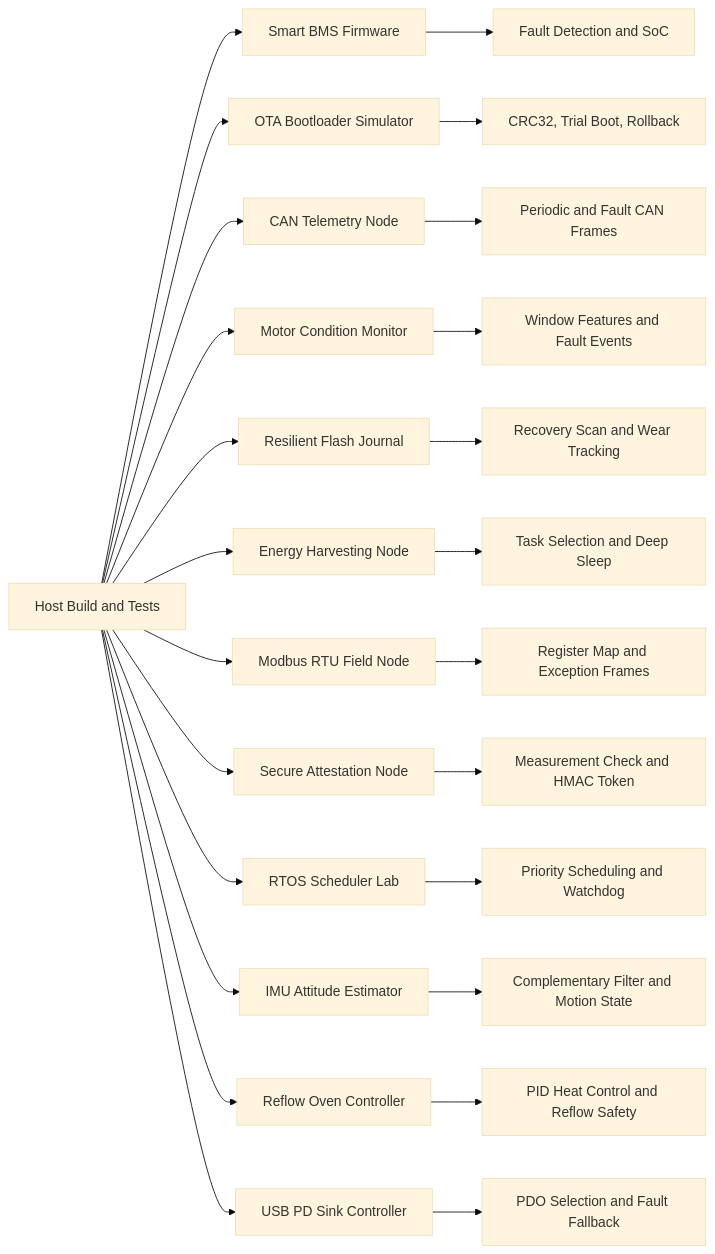
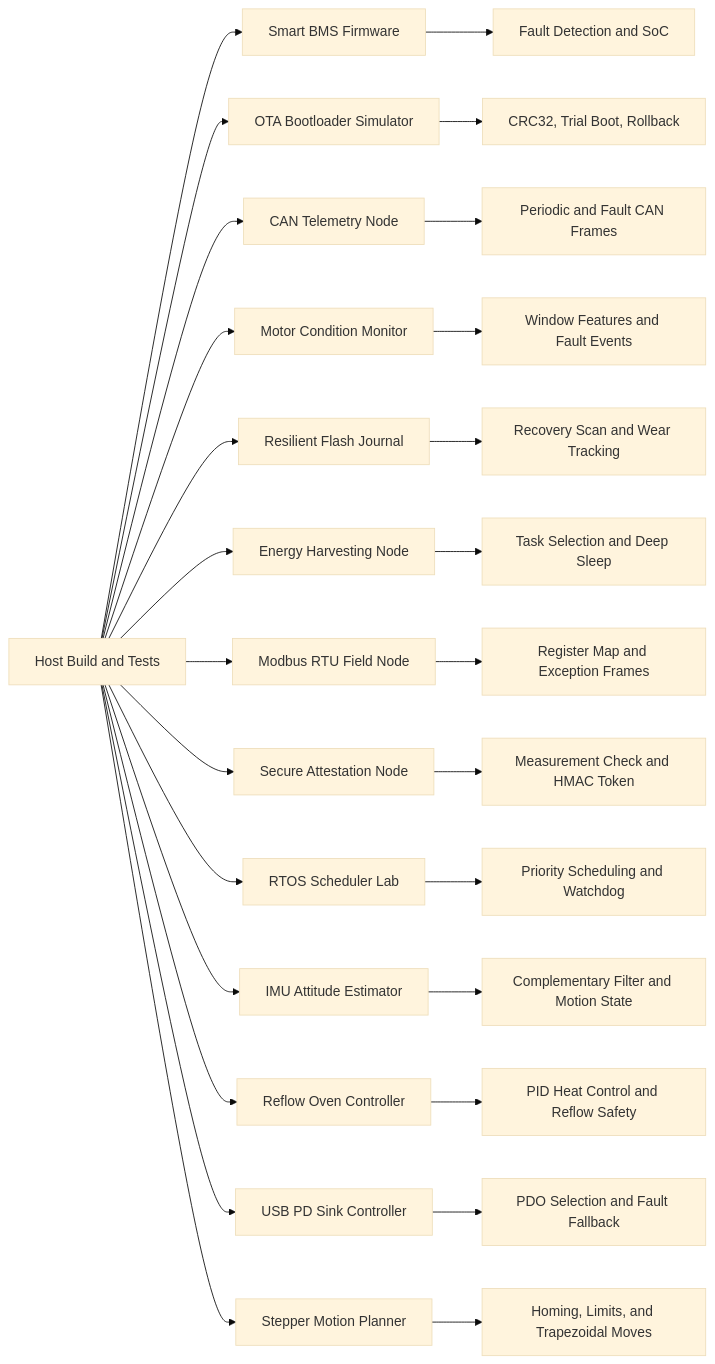
One commit to akifitu/embedded-systems-collection changed the diagram in README.md. Above: the diagram before and after it, drawn with Mermaid (base theme). The commit also changed other lines of this file and 14 other files, not shown here.

Commit message:
Add stepper motion planner project

````diff
--- a/README.md
+++ b/README.md
@@ -30,27 +31,29 @@
 ```mermaid
 flowchart LR
     Host[Host Build and Tests] --> BMS[Smart BMS Firmware]
     Host --> OTA[OTA Bootloader Simulator]
     Host --> CAN[CAN Telemetry Node]
     Host --> MCM[Motor Condition Monitor]
     Host --> RFJ[Resilient Flash Journal]
     Host --> EHN[Energy Harvesting Node]
     Host --> MB[Modbus RTU Field Node]
     Host --> SAN[Secure Attestation Node]
     Host --> RTOS[RTOS Scheduler Lab]
     Host --> IMU[IMU Attitude Estimator]
     Host --> RO[Reflow Oven Controller]
     Host --> PD[USB PD Sink Controller]
+    Host --> SMP[Stepper Motion Planner]
     BMS --> Safety[Fault Detection and SoC]
     OTA --> Reliability[CRC32, Trial Boot, Rollback]
     CAN --> VehicleBus[Periodic and Fault CAN Frames]
     MCM --> Predictive[Window Features and Fault Events]
     RFJ --> Persistence[Recovery Scan and Wear Tracking]
     EHN --> Power[Task Selection and Deep Sleep]
     MB --> Industrial[Register Map and Exception Frames]
     SAN --> Trust[Measurement Check and HMAC Token]
     RTOS --> Timing[Priority Scheduling and Watchdog]
     IMU --> Fusion[Complementary Filter and Motion State]
     RO --> Thermal[PID Heat Control and Reflow Safety]
     PD --> Negotiation[PDO Selection and Fault Fallback]
+    SMP --> Motion[Homing, Limits, and Trapezoidal Moves]
 ```
````
